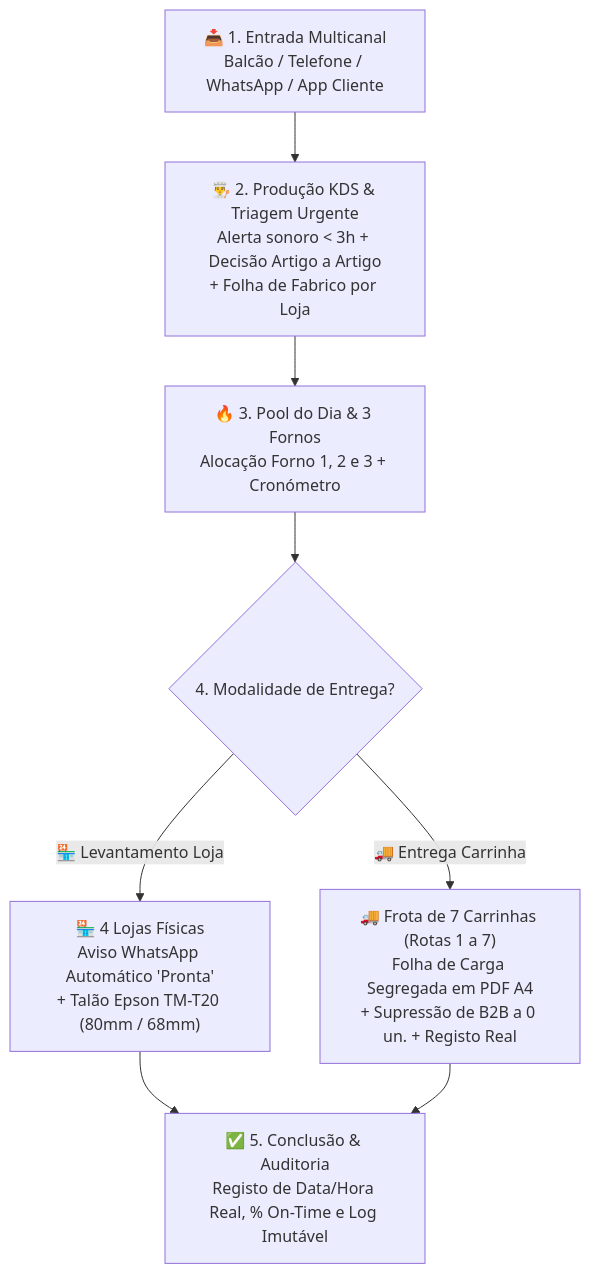
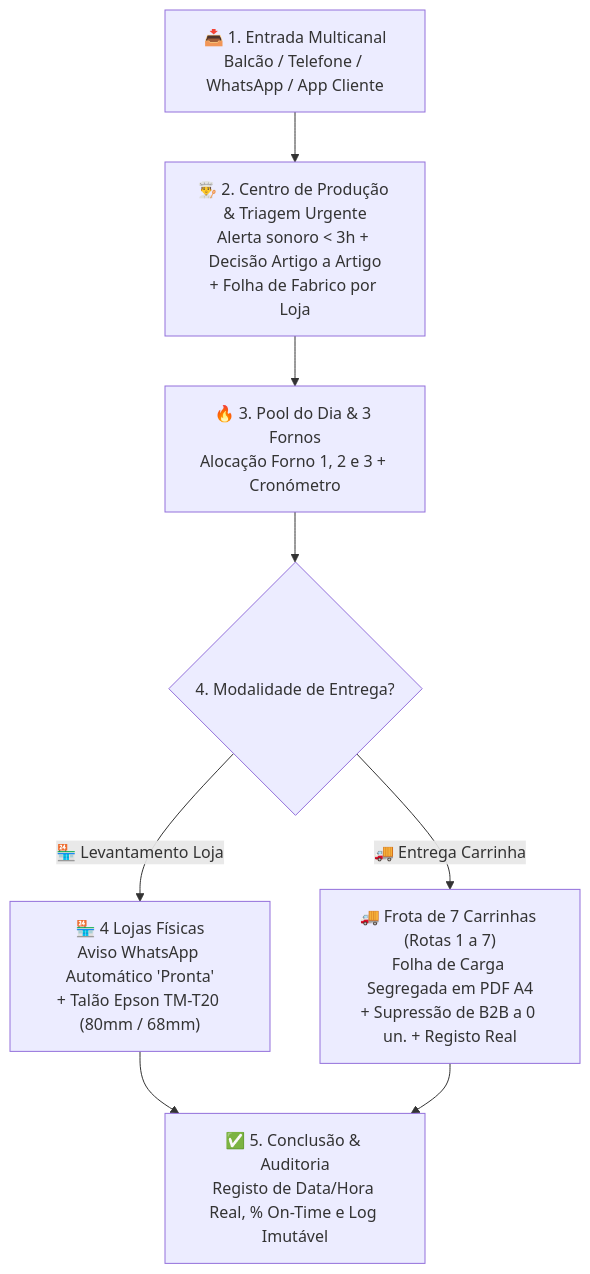
The second of 4 diagrams in docs/05_Proposta_Comercial_e_Demonstracao_de_Valor.md (lfcarreiras/App-Padaria), drawn with Mermaid before and after one commit. The commit also changed other lines of this file and 17 other files, not shown here.

Commit message:
refactor(producao): eliminacao integral da mencao KDS na app e no plano BCP

````diff
--- a/docs/05_Proposta_Comercial_e_Demonstracao_de_Valor.md
+++ b/docs/05_Proposta_Comercial_e_Demonstracao_de_Valor.md
@@ -81,10 +81,10 @@
 ```mermaid
 flowchart TD
-    Entrada["📥 1. Entrada Multicanal\nBalcão / Telefone / WhatsApp / App Cliente"] --> Triagem["👨‍🍳 2. Produção KDS & Triagem Urgente\nAlerta sonoro < 3h + Decisão Artigo a Artigo\n+ Folha de Fabrico por Loja"]
+    Entrada["📥 1. Entrada Multicanal\nBalcão / Telefone / WhatsApp / App Cliente"] --> Triagem["👨‍🍳 2. Centro de Produção & Triagem Urgente\nAlerta sonoro < 3h + Decisão Artigo a Artigo\n+ Folha de Fabrico por Loja"]
     Triagem --> Fornos["🔥 3. Pool do Dia & 3 Fornos\nAlocação Forno 1, 2 e 3 + Cronómetro"]
     Fornos --> Expedicao{"4. Modalidade de Entrega?"}
     Expedicao -->|"🏪 Levantamento Loja"| Loja["🏪 4 Lojas Físicas\nAviso WhatsApp Automático 'Pronta'\n+ Talão Epson TM-T20 (80mm / 68mm)"]
     Expedicao -->|"🚚 Entrega Carrinha"| Frota["🚚 Frota de 7 Carrinhas (Rotas 1 a 7)\nFolha de Carga Segregada em PDF A4\n+ Supressão de B2B a 0 un. + Registo Real"]
     Loja --> Conclusao["✅ 5. Conclusão & Auditoria\nRegisto de Data/Hora Real, % On-Time e Log Imutável"]
     Frota --> Conclusao
 ```
````
